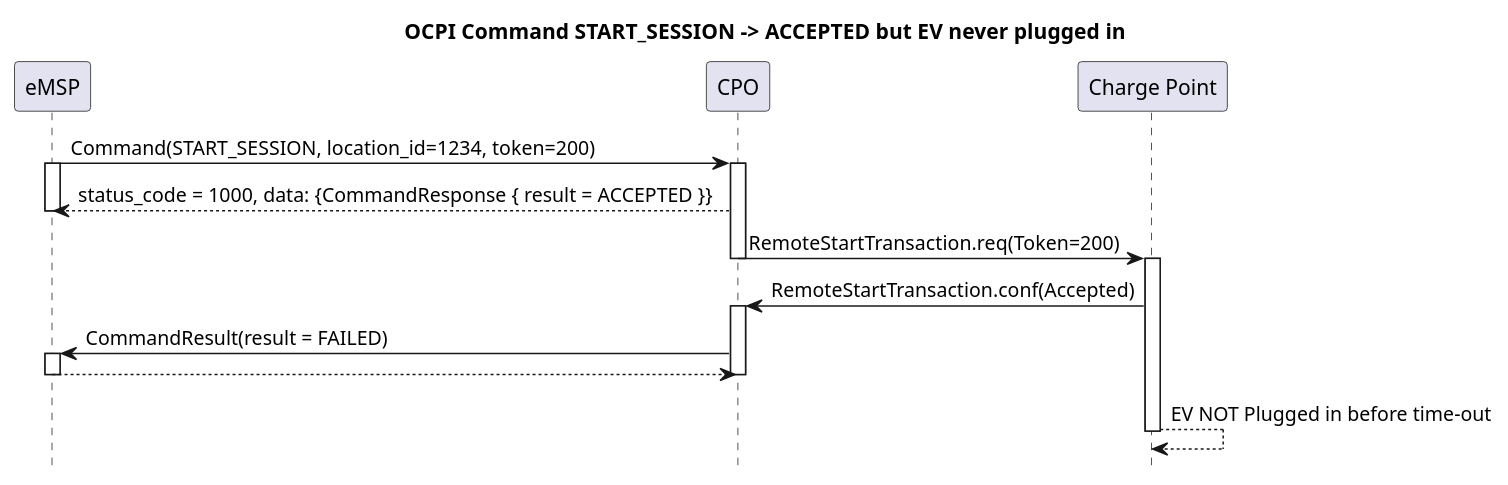
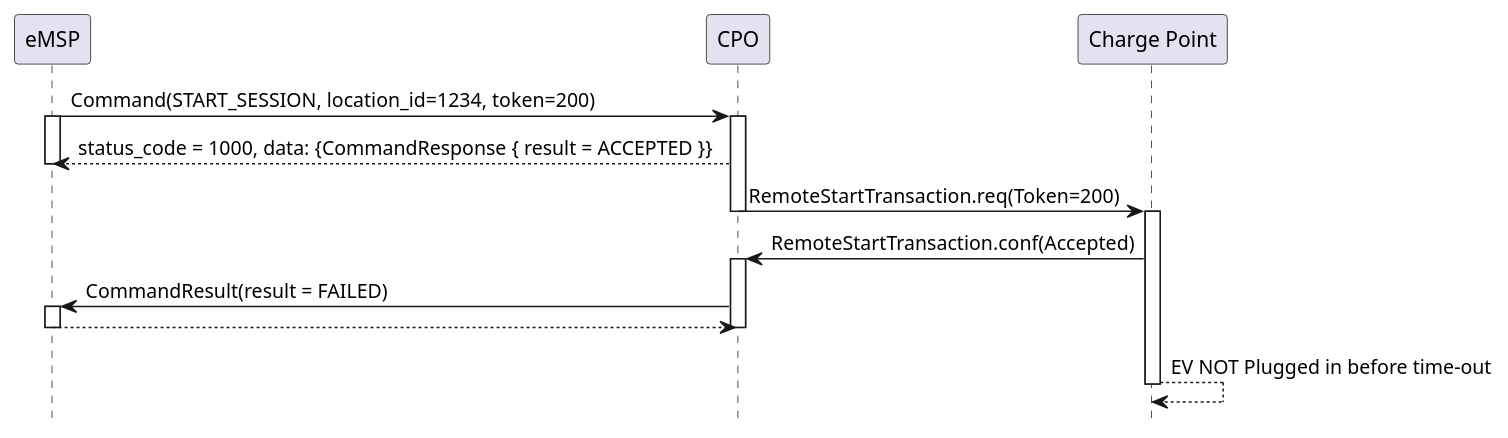
Before and after one commit to ocpi/ocpi: the diagram in plantuml/command_start_session_timeout.plantuml, drawn with PlantUML. The commit also changed 15 other files, not shown here.

```diff
--- a/plantuml/command_start_session_timeout.plantuml
+++ b/plantuml/command_start_session_timeout.plantuml
@@ -1,30 +1,29 @@
 @startuml
-title OCPI Command START_SESSION -> ACCEPTED but EV never plugged in
 hide footbox
 
 participant eMSP
 participant CPO
 participant "Charge Point" as CP
 
 eMSP ->  CPO:  Command(START_SESSION, location_id=1234, token=200)
 activate eMSP
 activate CPO
 CPO  --> eMSP: status_code = 1000, data: {CommandResponse { result = ACCEPTED }}
 deactivate eMSP
 
 CPO  ->  CP:   RemoteStartTransaction.req(Token=200)
 deactivate CPO
 activate CP
 CP   ->  CPO:  RemoteStartTransaction.conf(Accepted)
 activate CPO
 CPO  ->  eMSP: CommandResult(result = FAILED)
 activate eMSP
 eMSP --> CPO: 
 deactivate CPO
 deactivate eMSP
 
 CP   --> CP: EV NOT Plugged in before time-out
 
 deactivate CP
 
 @enduml
```
